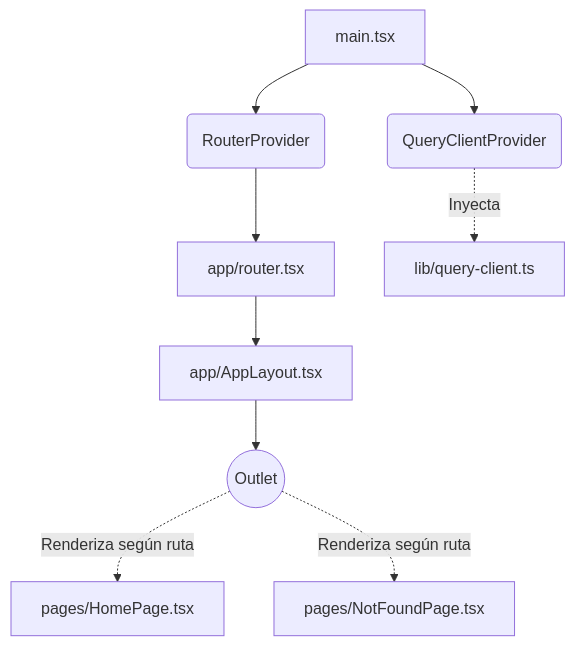
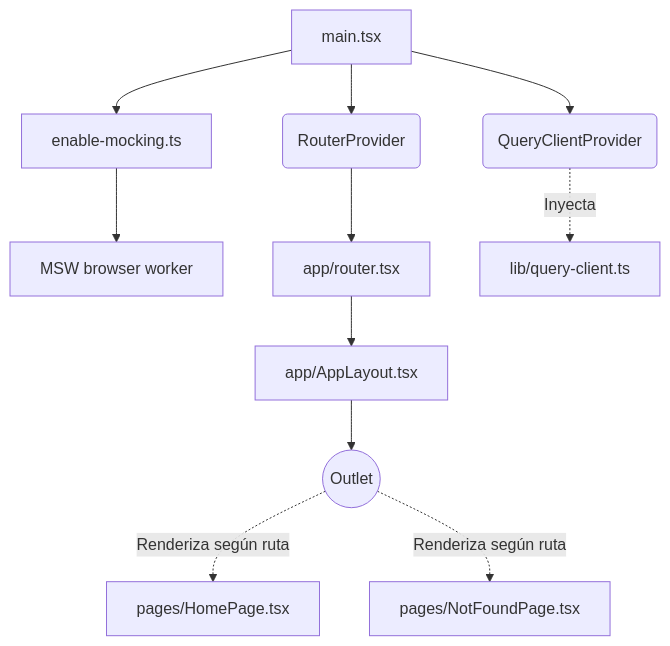
Before and after one commit to sebastyan114/uptc-scraping-platform: the diagram in frontend/README.md, drawn with Mermaid. The commit also changed other lines of this file and 2250 other files, not shown here.

Commit message:
fix: a partir sel contrato se generaron los mocks (MSW) para levantar un Service Worker real en el navegador. Doc: se actualizo el README con las nuevas técnologias incluidas y las pruebas que se le sugieren hacer al tester

````diff
--- a/frontend/README.md
+++ b/frontend/README.md
@@ -22,30 +25,34 @@
 ```mermaid
 graph TD
     %% Nodos principales
     Main[main.tsx]
+    Mocking[enable-mocking.ts]
+    MSW[MSW browser worker]
     QueryProv(QueryClientProvider)
     RouterProv(RouterProvider)
     RouterDef[app/router.tsx]
     Layout[app/AppLayout.tsx]
     Outlet((Outlet))
     
     %% Páginas
     Home[pages/HomePage.tsx]
     NotFound[pages/NotFoundPage.tsx]
     
     %% Librerías base
     LibQuery[lib/query-client.ts]
     
     %% Relaciones
     Main --> QueryProv
     Main --> RouterProv
+    Main --> Mocking
+    Mocking --> MSW
     
     QueryProv -. "Inyecta" .-> LibQuery
     RouterProv --> RouterDef
     
     RouterDef --> Layout
     Layout --> Outlet
     
     Outlet -. "Renderiza según ruta" .-> Home
     Outlet -. "Renderiza según ruta" .-> NotFound
 ```
````
